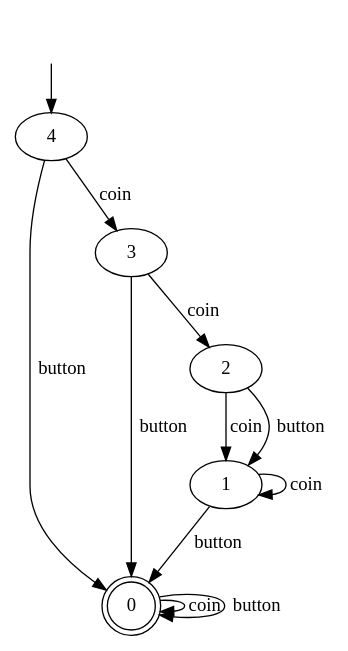
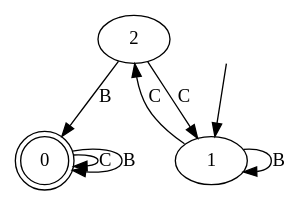
The diagram in output/coffee_dfa_a.dot (tomyaacov/lstar_dont_care), drawn with Graphviz before and after one commit. The commit also changed 52 other files, not shown here.

```diff
--- a/output/coffee_dfa_a.dot
+++ b/output/coffee_dfa_a.dot
@@ -1,19 +1,13 @@
 digraph "output/coffee_dfa_a" {
 0 [label=0, shape=doublecircle];
 1 [label=1];
 2 [label=2];
-3 [label=3];
-4 [label=4];
-0 -> 0  [label=coin];
-0 -> 0  [label=button];
-1 -> 1  [label=coin];
-1 -> 0  [label=button];
-2 -> 1  [label=coin];
-2 -> 1  [label=button];
-3 -> 2  [label=coin];
-3 -> 0  [label=button];
-4 -> 3  [label=coin];
-4 -> 0  [label=button];
+0 -> 0  [label=C];
+0 -> 0  [label=B];
+1 -> 2  [label=C];
+1 -> 1  [label=B];
+2 -> 1  [label=C];
+2 -> 0  [label=B];
 __start0 [label="", shape=none];
-__start0 -> 4  [label=""];
+__start0 -> 1  [label=""];
 }
```
